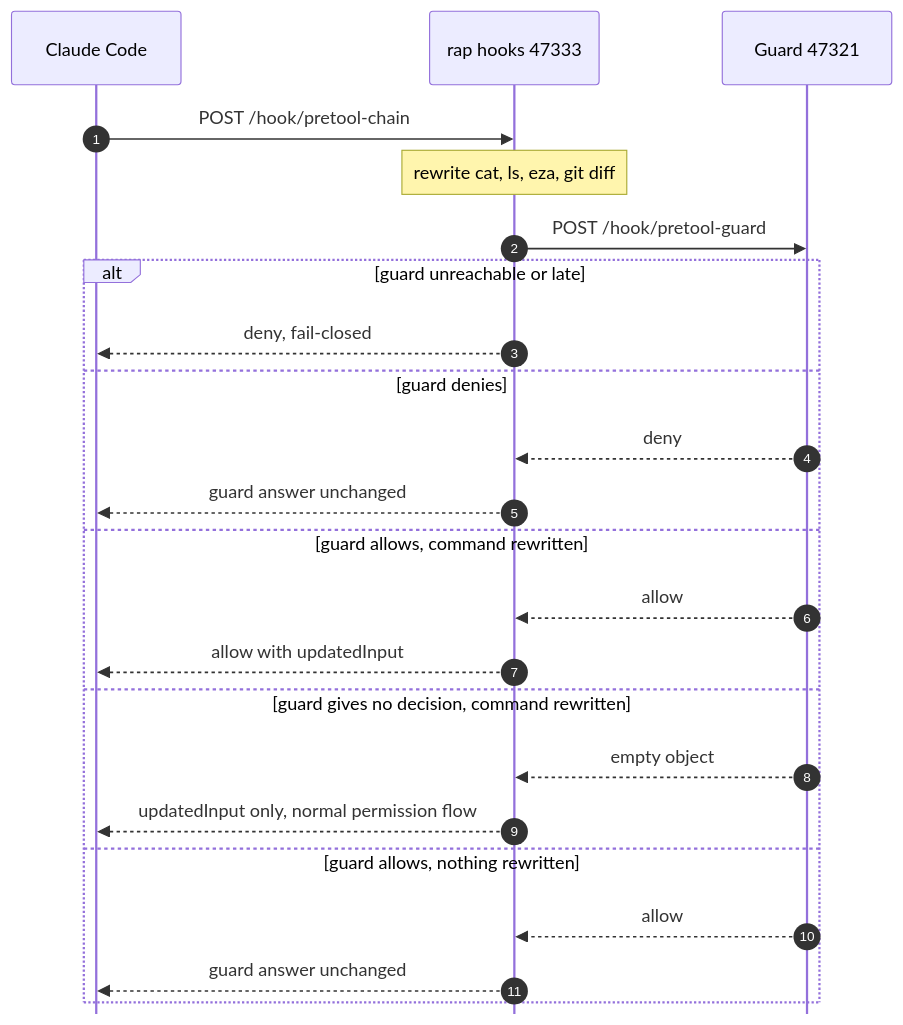
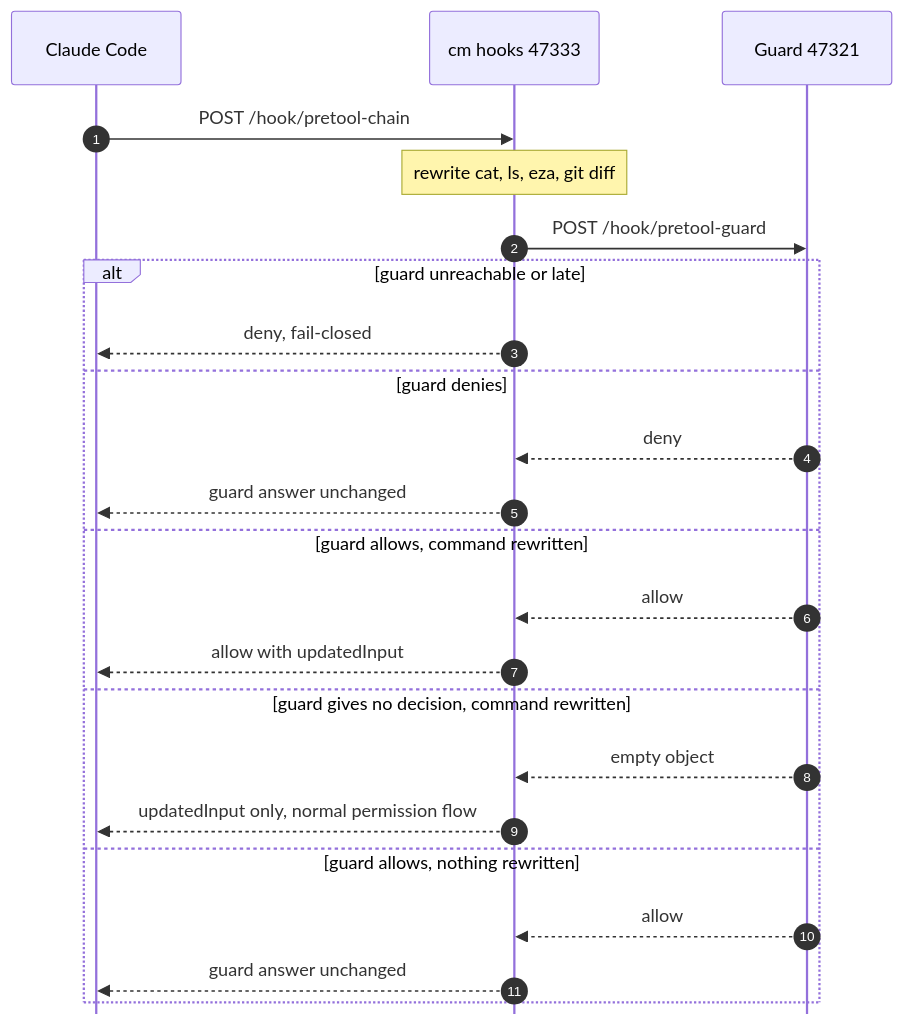
Before and after one commit to jungho-dev/claude-monitor: the second of 2 diagrams in ARCHITECTURE.md, drawn with Mermaid. The commit also changed other lines of this file and 82 other files, not shown here.

````diff
--- a/ARCHITECTURE.md
+++ b/ARCHITECTURE.md
@@ -225,33 +225,33 @@
 ```mermaid
 ---
 config:
   fontFamily: "Malgun Gothic, Arial, sans-serif"
   themeCSS: "* { font-family: Malgun Gothic, Arial, sans-serif !important; }"
   sequence:
     mirrorActors: false
     messageMargin: 40
 ---
 sequenceDiagram
     autonumber
     participant C as Claude Code
-    participant R as rap hooks 47333
+    participant R as cm hooks 47333
     participant G as Guard 47321
     C->>R: POST /hook/pretool-chain
     Note over R: rewrite cat, ls, eza, git diff
     R->>G: POST /hook/pretool-guard
     alt guard unreachable or late
         R-->>C: deny, fail-closed
     else guard denies
         G-->>R: deny
         R-->>C: guard answer unchanged
     else guard allows, command rewritten
         G-->>R: allow
         R-->>C: allow with updatedInput
     else guard gives no decision, command rewritten
         G-->>R: empty object
         R-->>C: updatedInput only, normal permission flow
     else guard allows, nothing rewritten
         G-->>R: allow
         R-->>C: guard answer unchanged
     end
 ```
````
